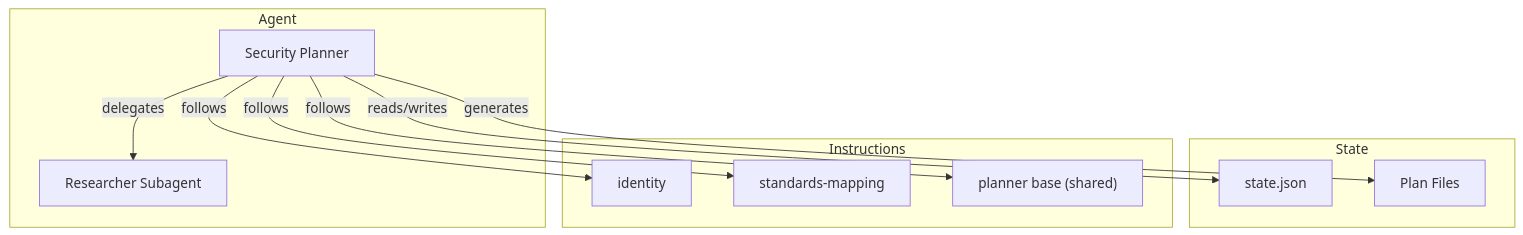
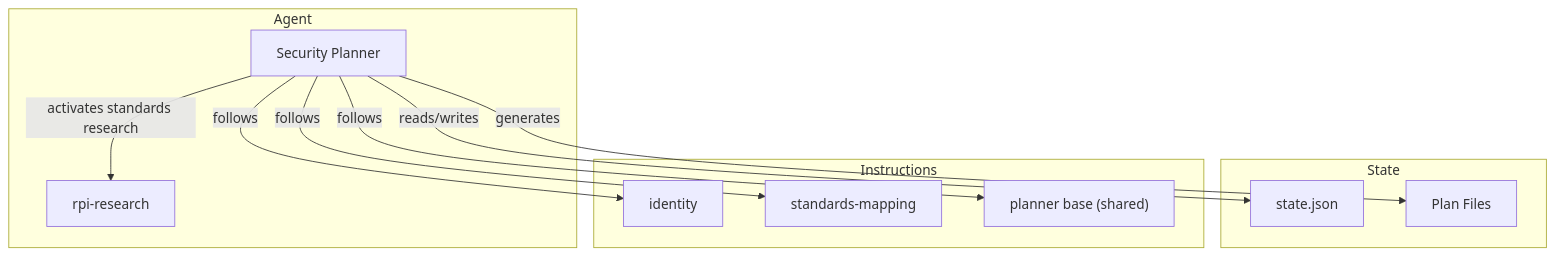
Before and after one commit to microsoft/hve-core: the diagram in docs/agents/security/agent-overview.md, drawn with Mermaid. The commit also changed other lines of this file and 333 other files, not shown here.

````diff
--- a/docs/agents/security/agent-overview.md
+++ b/docs/agents/security/agent-overview.md
@@ -23,23 +23,23 @@
 ```mermaid
 flowchart TD
   subgraph Agent
     SP["Security Planner"]
-    RS["Researcher Subagent"]
+    RR["rpi-research"]
   end
 
   subgraph State
     SJ["state.json"]
     PF["Plan Files"]
   end
 
   subgraph Instructions
     I1["identity"]
     I2["standards-mapping"]
     I3["planner base (shared)"]
   end
 
-  SP -->|"delegates"| RS
+  SP -->|"activates standards research"| RR
   SP -->|"reads/writes"| SJ
   SP -->|"generates"| PF
   SP -->|"follows"| I1 & I2 & I3
 ```
````
